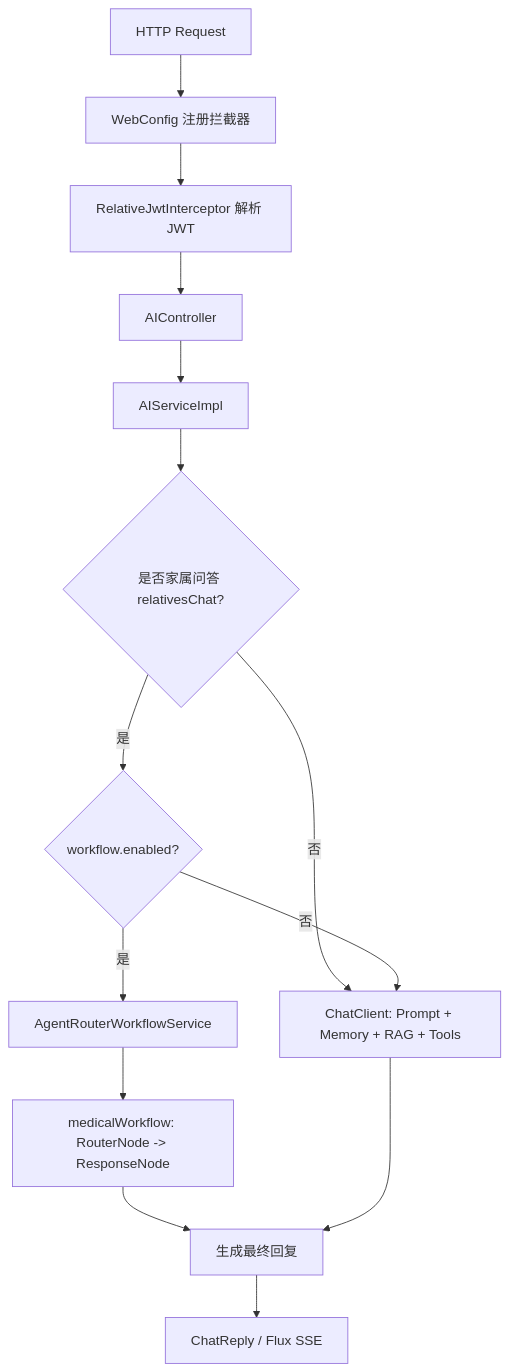
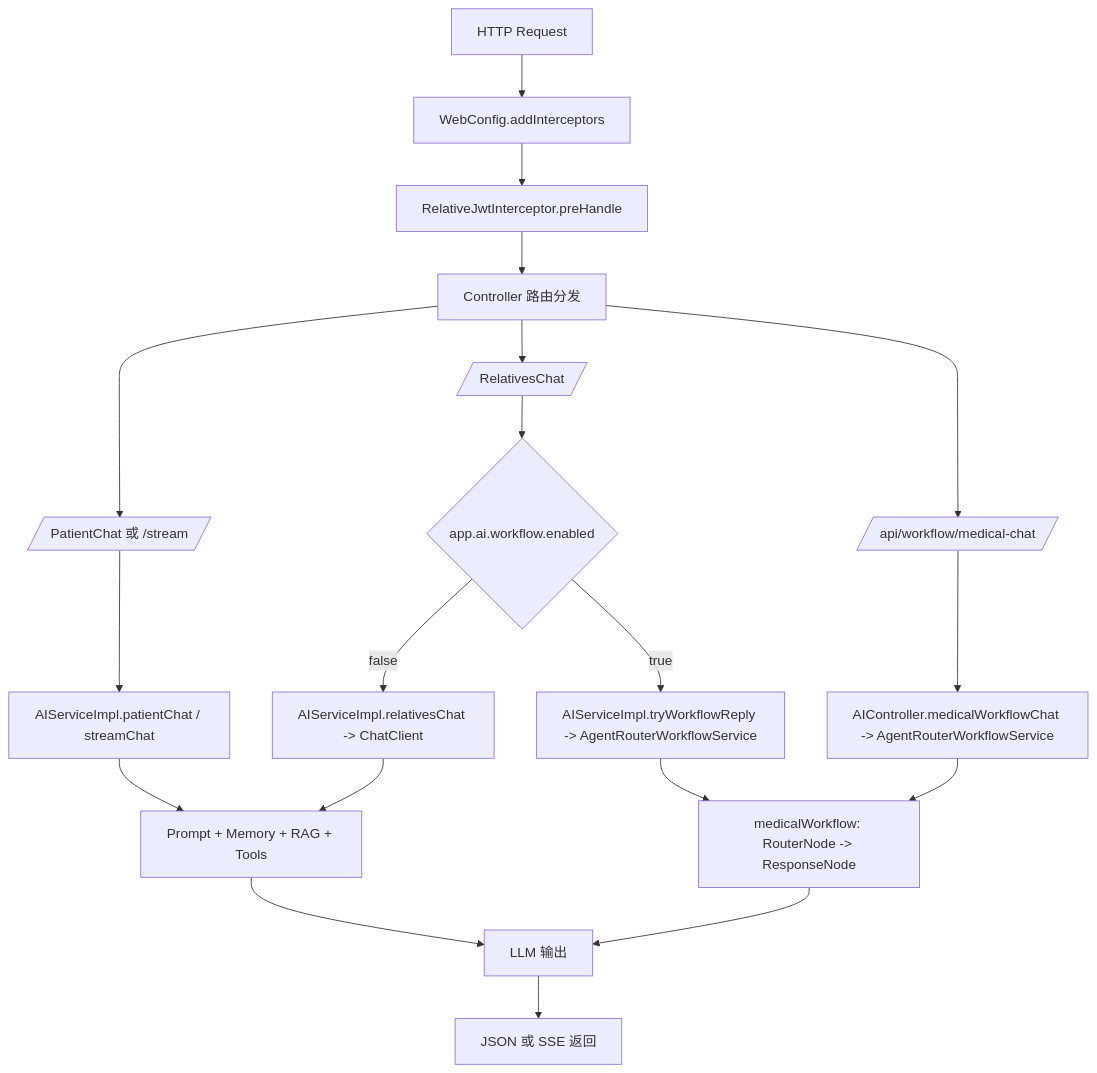
One commit to 6666ccc/SunnySide- changed the first of 3 diagrams in README.md. Above: the diagram before and after it, drawn with Mermaid. The commit also changed other lines of this file, not shown here.

````diff
--- a/README.md
+++ b/README.md
@@ -52,16 +52,25 @@
 ```mermaid
 flowchart TD
-    A[HTTP Request] --> B[WebConfig 注册拦截器]
-    B --> C[RelativeJwtInterceptor 解析 JWT]
-    C --> D[AIController]
-    D --> E[AIServiceImpl]
-    E --> F{是否家属问答 relativesChat?}
-    F -- 否 --> G[ChatClient: Prompt + Memory + RAG + Tools]
-    F -- 是 --> H{workflow.enabled?}
-    H -- 是 --> I[AgentRouterWorkflowService]
-    H -- 否 --> G
-    I --> J[medicalWorkflow: RouterNode -> ResponseNode]
-    J --> K[生成最终回复]
-    G --> K
-    K --> L[ChatReply / Flux SSE]
+    A[HTTP Request] --> B[WebConfig.addInterceptors]
+    B --> C[RelativeJwtInterceptor.preHandle]
+    C --> D[Controller 路由分发]
+
+    D --> E1[/PatientChat 或 /stream/]
+    D --> E2[/RelativesChat/]
+    D --> E3[/api/workflow/medical-chat/]
+
+    E1 --> F1[AIServiceImpl.patientChat / streamChat]
+    E2 --> F2{app.ai.workflow.enabled}
+    F2 -- false --> F3[AIServiceImpl.relativesChat -> ChatClient]
+    F2 -- true --> F4[AIServiceImpl.tryWorkflowReply -> AgentRouterWorkflowService]
+    E3 --> F5[AIController.medicalWorkflowChat -> AgentRouterWorkflowService]
+
+    F1 --> G[Prompt + Memory + RAG + Tools]
+    F3 --> G
+    F4 --> H[medicalWorkflow: RouterNode -> ResponseNode]
+    F5 --> H
+
+    G --> I[LLM 输出]
+    H --> I
+    I --> J[JSON 或 SSE 返回]
 ```
````
